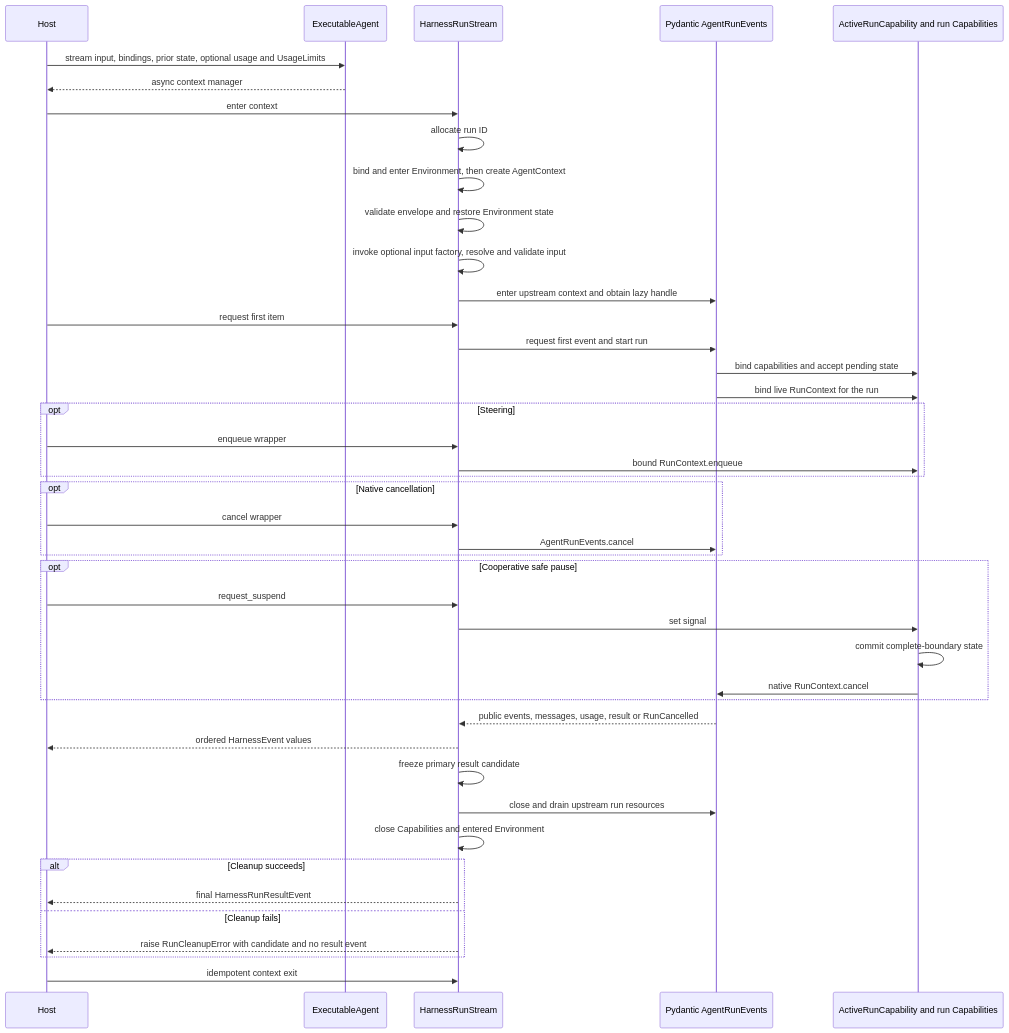
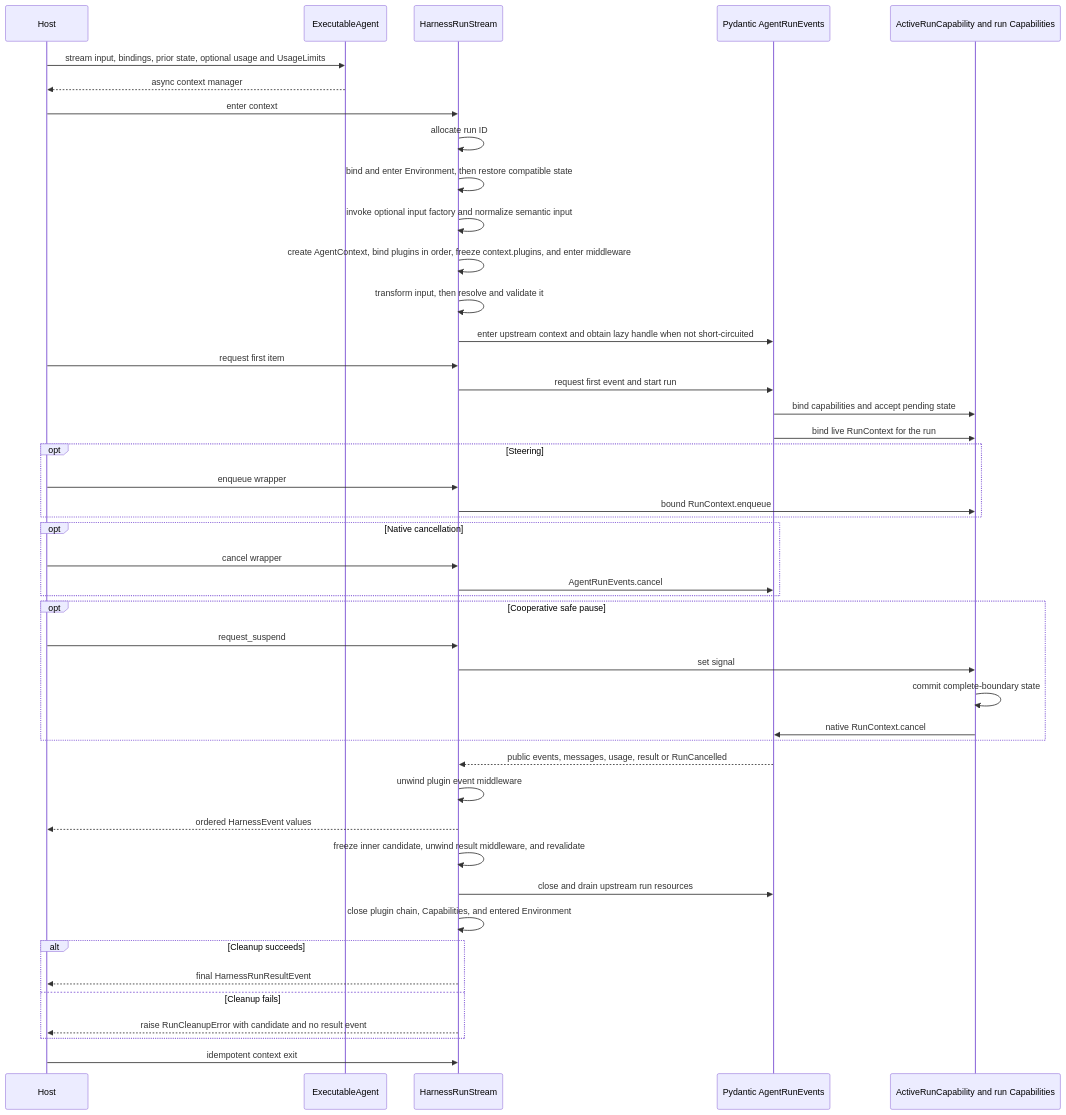
The second of 2 diagrams in spec/agent-harness/14-public-api-and-packaging.md (LTThreeComma/agent-foundation), drawn with Mermaid before and after one commit. The commit also changed other lines of this file and 21 other files, not shown here.

````diff
--- a/spec/agent-harness/14-public-api-and-packaging.md
+++ b/spec/agent-harness/14-public-api-and-packaging.md
@@ -233,46 +234,48 @@
 ```mermaid
 sequenceDiagram
     participant Host
     participant Exec as ExecutableAgent
     participant Stream as HarnessRunStream
     participant Handle as Pydantic AgentRunEvents
     participant Cap as ActiveRunCapability and run Capabilities
 
     Host->>Exec: stream input, bindings, prior state, optional usage and UsageLimits
     Exec-->>Host: async context manager
     Host->>Stream: enter context
     Stream->>Stream: allocate run ID
-    Stream->>Stream: bind and enter Environment, then create AgentContext
-    Stream->>Stream: validate envelope and restore Environment state
-    Stream->>Stream: invoke optional input factory, resolve and validate input
-    Stream->>Handle: enter upstream context and obtain lazy handle
+    Stream->>Stream: bind and enter Environment, then restore compatible state
+    Stream->>Stream: invoke optional input factory and normalize semantic input
+    Stream->>Stream: create AgentContext, bind plugins in order, freeze context.plugins, and enter middleware
+    Stream->>Stream: transform input, then resolve and validate it
+    Stream->>Handle: enter upstream context and obtain lazy handle when not short-circuited
     Host->>Stream: request first item
     Stream->>Handle: request first event and start run
     Handle->>Cap: bind capabilities and accept pending state
     Handle->>Cap: bind live RunContext for the run
     opt Steering
         Host->>Stream: enqueue wrapper
         Stream->>Cap: bound RunContext.enqueue
     end
     opt Native cancellation
         Host->>Stream: cancel wrapper
         Stream->>Handle: AgentRunEvents.cancel
     end
     opt Cooperative safe pause
         Host->>Stream: request_suspend
         Stream->>Cap: set signal
         Cap->>Cap: commit complete-boundary state
         Cap->>Handle: native RunContext.cancel
     end
     Handle-->>Stream: public events, messages, usage, result or RunCancelled
+    Stream->>Stream: unwind plugin event middleware
     Stream-->>Host: ordered HarnessEvent values
-    Stream->>Stream: freeze primary result candidate
+    Stream->>Stream: freeze inner candidate, unwind result middleware, and revalidate
     Stream->>Handle: close and drain upstream run resources
-    Stream->>Stream: close Capabilities and entered Environment
+    Stream->>Stream: close plugin chain, Capabilities, and entered Environment
     alt Cleanup succeeds
         Stream-->>Host: final HarnessRunResultEvent
     else Cleanup fails
         Stream-->>Host: raise RunCleanupError with candidate and no result event
     end
     Host->>Stream: idempotent context exit
 ```
````
